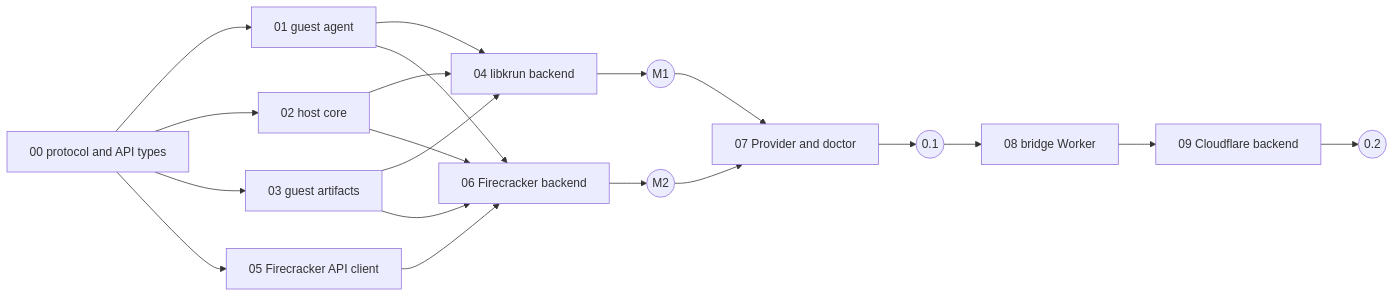
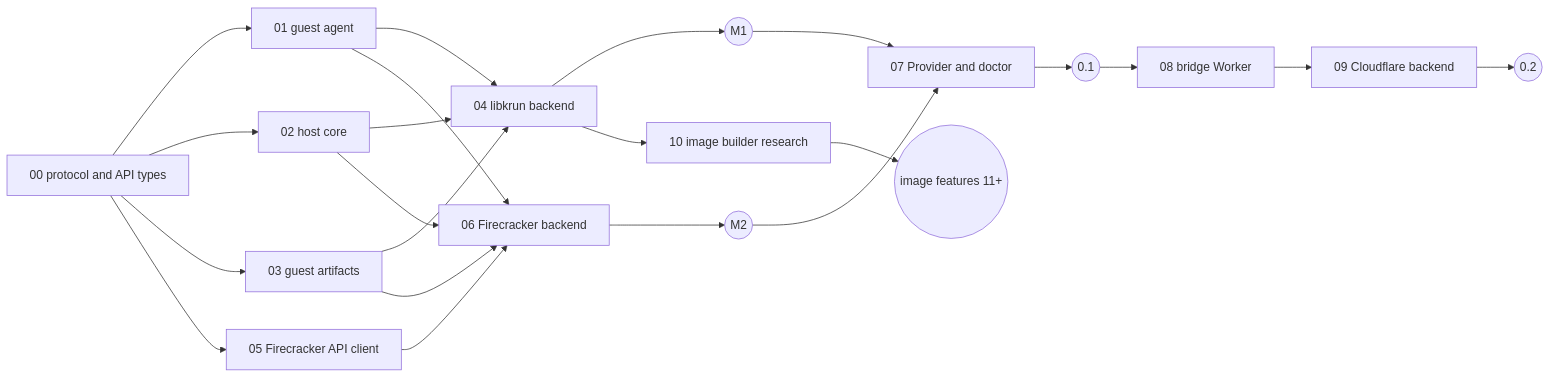
Before and after one commit to ewe-studios/ewe_platform: the third of 3 diagrams in specifications/77-foundation-platform-sandbox/requirements.md, drawn with Mermaid. The commit also changed other lines of this file and 2 other files, not shown here.

First line of the commit message:
Spec 77: add feature 10, image builder research

````diff
--- a/specifications/77-foundation-platform-sandbox/requirements.md
+++ b/specifications/77-foundation-platform-sandbox/requirements.md
@@ -387,22 +388,24 @@
 ```mermaid
 graph LR
   F00[00 protocol and API types] --> F01[01 guest agent]
   F00 --> F02[02 host core]
   F00 --> F03[03 guest artifacts]
   F00 --> F05[05 Firecracker API client]
   F01 --> F04[04 libkrun backend]
   F02 --> F04
   F03 --> F04
   F04 --> M1((M1))
   F02 --> F06[06 Firecracker backend]
   F05 --> F06
   F01 --> F06
   F03 --> F06
   F06 --> M2((M2))
   M1 --> F07[07 Provider and doctor]
   M2 --> F07
   F07 --> V01((0.1))
   V01 --> F08[08 bridge Worker]
   F08 --> F09[09 Cloudflare backend]
   F09 --> V02((0.2))
+  F04 --> F10[10 image builder research]
+  F10 --> IMG((image features 11+))
 ```
````
